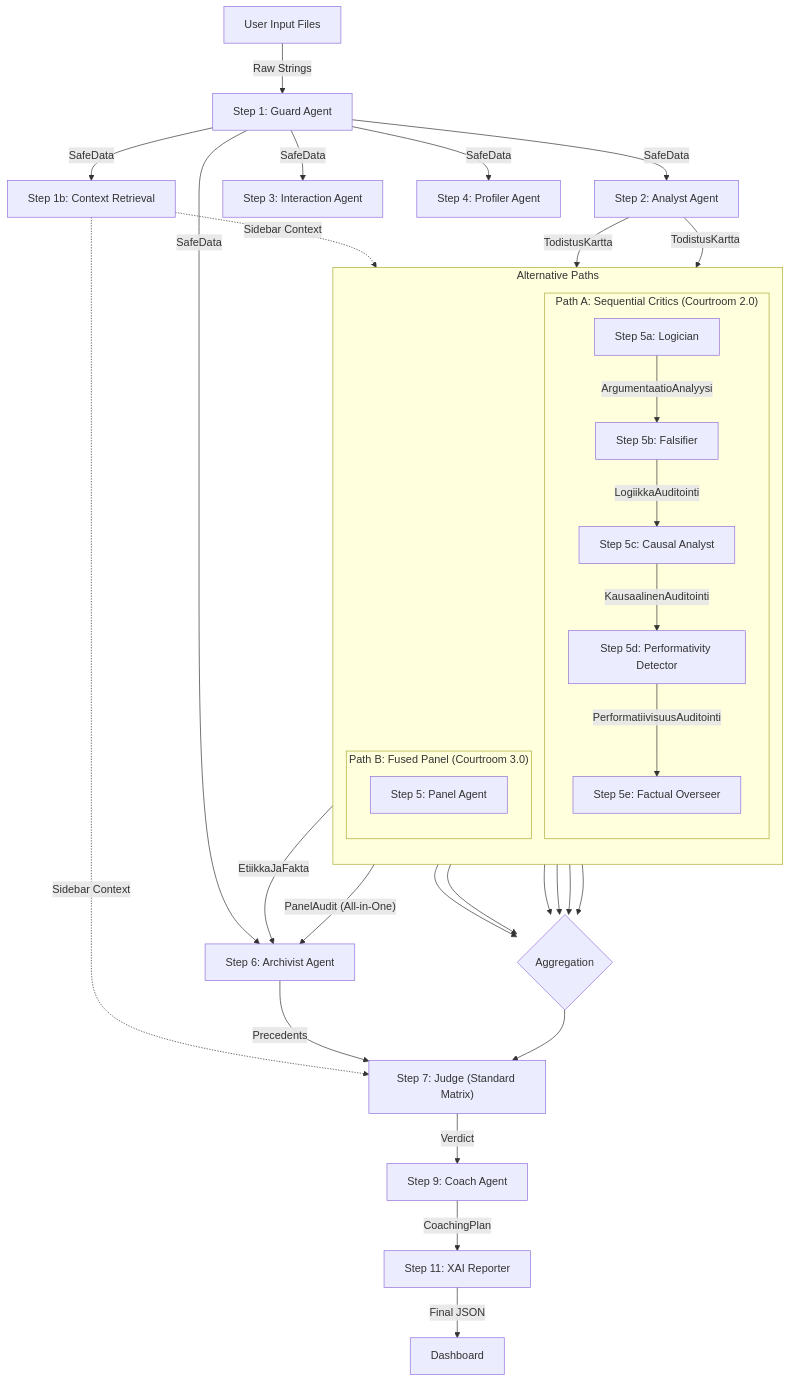
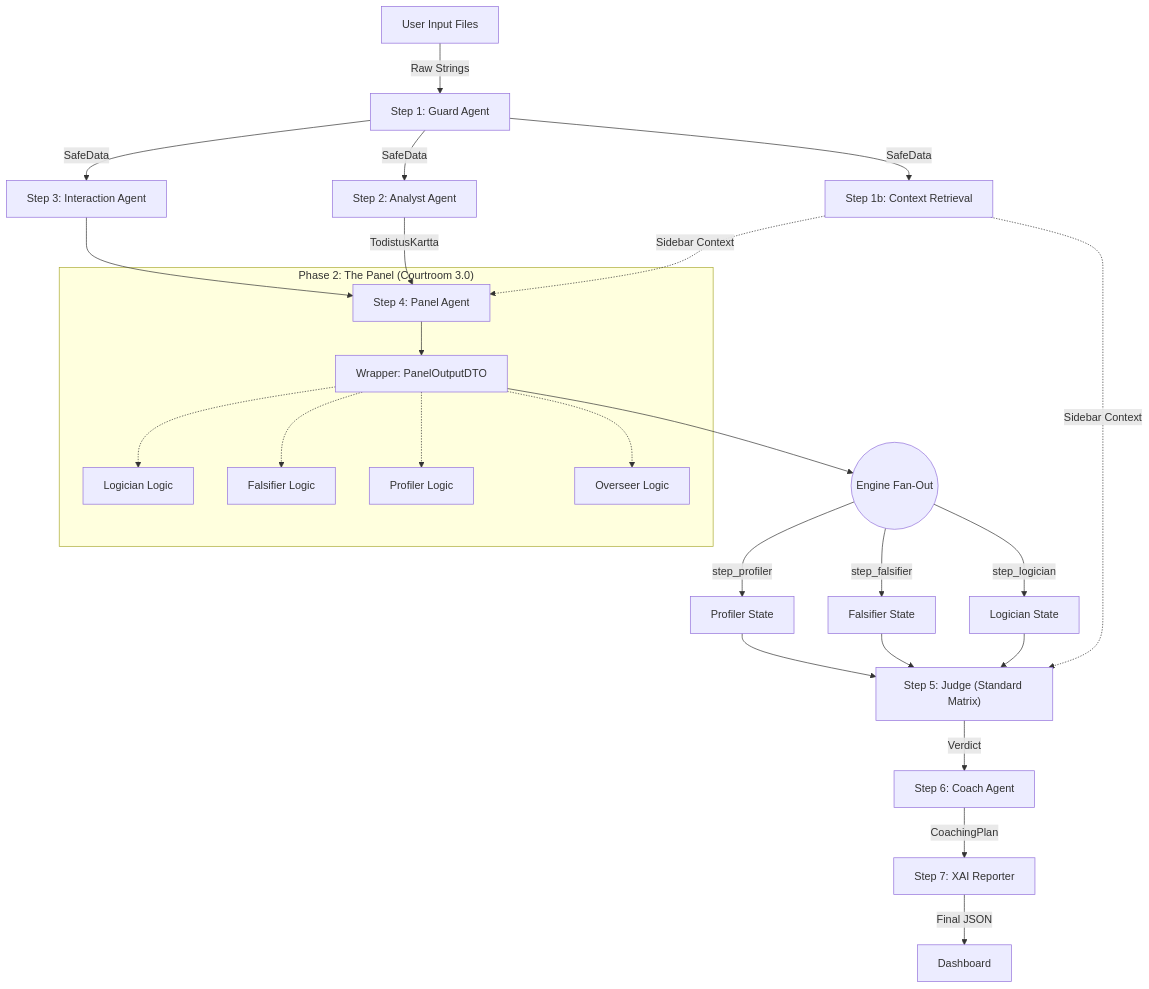
One commit to launis/quorum changed the diagram in docs/workflow_data_architecture.md. Above: the diagram before and after it, drawn with Mermaid. The commit also changed other lines of this file and 332 other files, not shown here.

Commit message:
feat: update architecture lineage and fix causal model validation Aligns documentation with Phase 8 standards (Panel Fusion, Strict DTOs) and relaxes Pydantic strict mode on CausalAnalysis to resolve Enum coercion errors.

````diff
--- a/docs/workflow_data_architecture.md
+++ b/docs/workflow_data_architecture.md
@@ -16,73 +15,57 @@
 ```mermaid
 graph TD
     %% Nodes
     UserInput[User Input Files]
     Guard[Step 1: Guard Agent]
     Context[Step 1b: Context Retrieval]
     Analyst[Step 2: Analyst Agent]
     Interaction[Step 3: Interaction Agent]
-    Profiler[Step 4: Profiler Agent]
     
-    %% Branching
-    subgraph "Alternative Paths"
-        direction TB
+    %% Fused Logic
+    subgraph "Phase 2: The Panel (Courtroom 3.0)"
+        Panel[Step 4: Panel Agent]
+        note1[Wrapper: PanelOutputDTO]
         
-        subgraph "Path A: Sequential Critics (Courtroom 2.0)"
-            Logician[Step 5a: Logician]
-            Falsifier[Step 5b: Falsifier]
-            Causal[Step 5c: Causal Analyst]
-            Detector[Step 5d: Performativity Detector]
-            Overseer[Step 5e: Factual Overseer]
-        end
-
-        subgraph "Path B: Fused Panel (Courtroom 3.0)"
-            Panel[Step 5: Panel Agent]
-        end
+        Logic[Logician Logic]
+        False[Falsifier Logic]
+        Prof[Profiler Logic]
+        Over[Overseer Logic]
+        
+        Panel --> note1
+        note1 -.-> Logic
+        note1 -.-> False
+        note1 -.-> Prof
+        note1 -.-> Over
     end
     
-    Archivist[Step 6: Archivist Agent]
-    JudgeStandard["Step 7: Judge (Standard Matrix)"]
-    Coach[Step 9: Coach Agent]
-    XAI[Step 11: XAI Reporter]
+    %% Fan Out
+    FanOut((Engine Fan-Out))
+    note1 --> FanOut
+    FanOut -->|step_logician| StateLogician[Logician State]
+    FanOut -->|step_falsifier| StateFalsifier[Falsifier State]
+    FanOut -->|step_profiler| StateProfiler[Profiler State]
     
-    %% Flows - Common Start
+    JudgeStandard["Step 5: Judge (Standard Matrix)"]
+    Coach[Step 6: Coach Agent]
+    XAI[Step 7: XAI Reporter]
+    
+    %% Flows
     UserInput -->|Raw Strings| Guard
     Guard -->|SafeData| Context
-    Context -.->|Sidebar Context| Overseer
+    Context -.->|Sidebar Context| Panel
     Context -.->|Sidebar Context| JudgeStandard
     
     Guard -->|SafeData| Analyst
     Guard -->|SafeData| Interaction
-    Guard -->|SafeData| Profiler
     
-    %% Path A Flows
-    Analyst -->|TodistusKartta| Logician
-    Logician -->|ArgumentaatioAnalyysi| Falsifier
-    Falsifier -->|LogiikkaAuditointi| Causal
-    Causal -->|KausaalinenAuditointi| Detector
-    Detector -->|PerformatiivisuusAuditointi| Overseer
-    Overseer -->|EtiikkaJaFakta| Archivist
+    Analyst -->|TodistusKartta| Panel
+    Interaction --> Panel
     
-    %% Path B Flows
-    Analyst -->|TodistusKartta| Panel
-    Panel -- "PanelAudit (All-in-One)" --> Archivist
-    
-    %% Rejoining
-    Guard -->|SafeData| Archivist
-    Archivist -->|Precedents| JudgeStandard
-    
-    %% Judge Inputs (Depending on Path)
-    AnalysisData{Aggregation}
-    Logician --> AnalysisData
-    Falsifier --> AnalysisData
-    Causal --> AnalysisData
-    Detector --> AnalysisData
-    Overseer --> AnalysisData
-    Panel --> AnalysisData
-    
-    AnalysisData --> JudgeStandard
+    StateLogician --> JudgeStandard
+    StateFalsifier --> JudgeStandard
+    StateProfiler --> JudgeStandard
     
     JudgeStandard -->|Verdict| Coach
     Coach -->|CoachingPlan| XAI
     XAI -->|Final JSON| Dashboard
 ```
````
